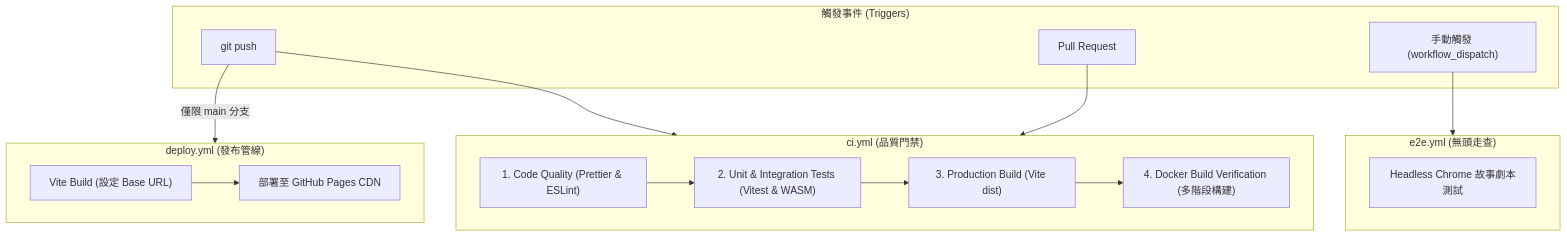
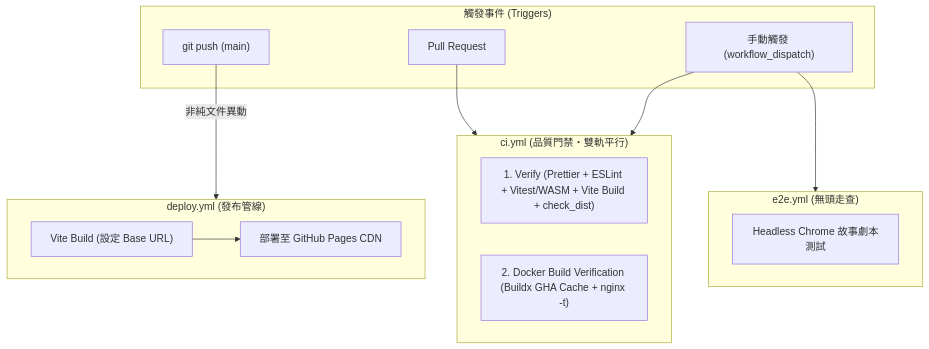
One commit to howardtuan/YanlinGTA changed the third of 3 diagrams in docs/guide/deployment.md. Above: the diagram before and after it, drawn with Mermaid. The commit also changed other lines of this file and 9 other files, not shown here.

````diff
--- a/docs/guide/deployment.md
+++ b/docs/guide/deployment.md
@@ -148,31 +148,28 @@
 ```mermaid
 flowchart TD
     subgraph Trigger["觸發事件 (Triggers)"]
-        Push["git push"]
+        Push["git push (main)"]
         PR["Pull Request"]
         Dispatch["手動觸發 (workflow_dispatch)"]
     end
 
-    subgraph CI["ci.yml (品質門禁)"]
-        Job1["1. Code Quality (Prettier & ESLint)"]
-        Job2["2. Unit & Integration Tests (Vitest & WASM)"]
-        Job3["3. Production Build (Vite dist)"]
-        Job4["4. Docker Build Verification (多階段構建)"]
-        Job1 --> Job2 --> Job3 --> Job4
+    subgraph CI["ci.yml (品質門禁・雙軌平行)"]
+        Job1["1. Verify (Prettier + ESLint + Vitest/WASM + Vite Build + check_dist)"]
+        Job2["2. Docker Build Verification (Buildx GHA Cache + nginx -t)"]
     end
 
     subgraph Deploy["deploy.yml (發布管線)"]
         PagesBuild["Vite Build (設定 Base URL)"]
         PagesDeploy["部署至 GitHub Pages CDN"]
         PagesBuild --> PagesDeploy
     end
 
     subgraph E2E["e2e.yml (無頭走查)"]
         Puppeteer["Headless Chrome 故事劇本測試"]
     end
 
-    Push --> CI
     PR --> CI
-    Push -->|僅限 main 分支| Deploy
+    Dispatch --> CI
+    Push -->|非純文件異動| Deploy
     Dispatch --> E2E
 ```
````
